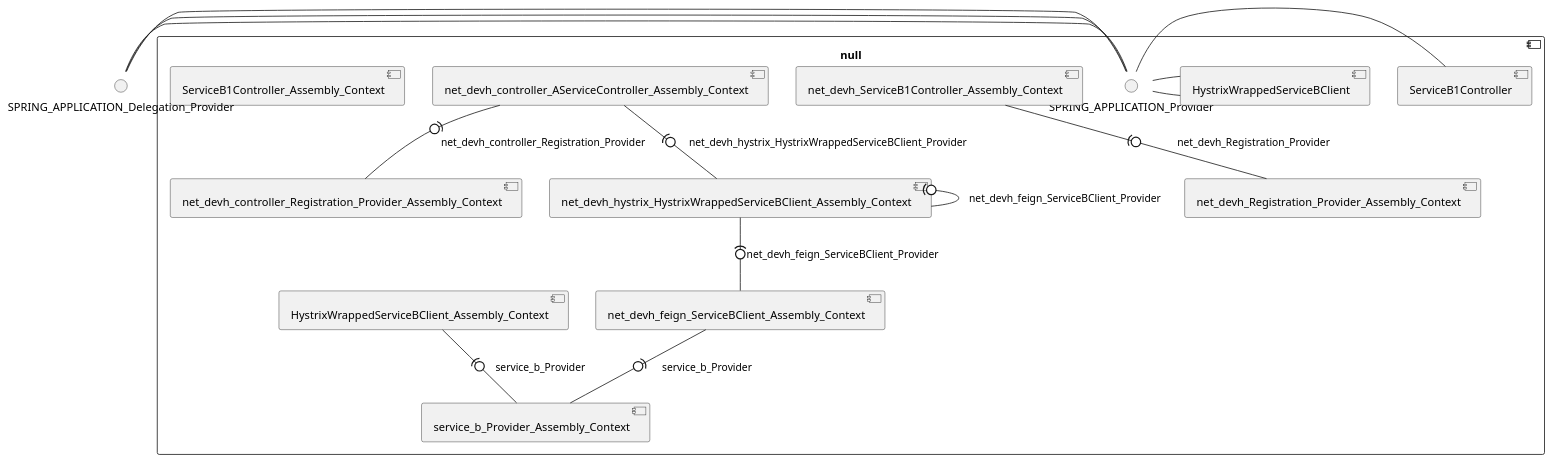
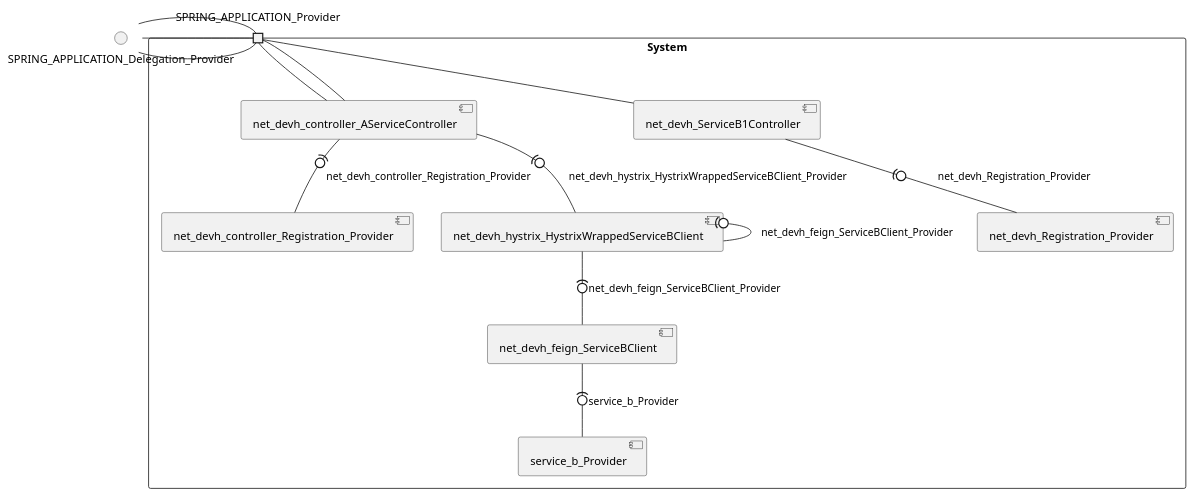
Before and after one commit to View-Based-Reverse-Engineering/Retriever-Benchmark: the diagram in yidongnan-spring-cloud-netflix-example/model_re/uml/systemDiagram.puml, drawn with PlantUML. The commit also changed 324 other files, not shown here.

```diff
--- a/yidongnan-spring-cloud-netflix-example/model_re/uml/systemDiagram.puml
+++ b/yidongnan-spring-cloud-netflix-example/model_re/uml/systemDiagram.puml
@@ -1,29 +1,30 @@
 @startuml
 skinparam fixCircleLabelOverlapping true
+skinparam componentStyle uml2
 () SPRING_APPLICATION_Delegation_Provider
-component null {
+rectangle System {
+[net_devh_Registration_Provider] [[yidongnan-spring-cloud-netflix-example.repository#_oHivgsApEe6ifLIxQynCbQ]]
+[net_devh_ServiceB1Controller] [[yidongnan-spring-cloud-netflix-example.repository#_oHivgsApEe6ifLIxQynCbQ]]
+[net_devh_controller_AServiceController] [[yidongnan-spring-cloud-netflix-example.repository#_oHivgsApEe6ifLIxQynCbQ]]
+[net_devh_controller_Registration_Provider] [[yidongnan-spring-cloud-netflix-example.repository#_oHivgsApEe6ifLIxQynCbQ]]
+[net_devh_feign_ServiceBClient] [[yidongnan-spring-cloud-netflix-example.repository#_oHivgsApEe6ifLIxQynCbQ]]
+[net_devh_hystrix_HystrixWrappedServiceBClient] [[yidongnan-spring-cloud-netflix-example.repository#_oHivgsApEe6ifLIxQynCbQ]]
+[service_b_Provider] [[yidongnan-spring-cloud-netflix-example.repository#_oHivgsApEe6ifLIxQynCbQ]]
+port SPRING_APPLICATION_Provider
 SPRING_APPLICATION_Delegation_Provider - SPRING_APPLICATION_Provider
-SPRING_APPLICATION_Provider - [ServiceB1Controller]
+SPRING_APPLICATION_Provider - [net_devh_ServiceB1Controller]
+port SPRING_APPLICATION_Provider
 SPRING_APPLICATION_Delegation_Provider - SPRING_APPLICATION_Provider
-SPRING_APPLICATION_Provider - [HystrixWrappedServiceBClient]
+SPRING_APPLICATION_Provider - [net_devh_controller_AServiceController]
+port SPRING_APPLICATION_Provider
 SPRING_APPLICATION_Delegation_Provider - SPRING_APPLICATION_Provider
-SPRING_APPLICATION_Provider - [HystrixWrappedServiceBClient]
-[net_devh_ServiceB1Controller_Assembly_Context] -(0- [net_devh_Registration_Provider_Assembly_Context] : net_devh_Registration_Provider
-[net_devh_controller_AServiceController_Assembly_Context] -(0- [net_devh_controller_Registration_Provider_Assembly_Context] : net_devh_controller_Registration_Provider
-[net_devh_hystrix_HystrixWrappedServiceBClient_Assembly_Context] -(0- [net_devh_feign_ServiceBClient_Assembly_Context] : net_devh_feign_ServiceBClient_Provider
-[net_devh_hystrix_HystrixWrappedServiceBClient_Assembly_Context] -(0- [net_devh_hystrix_HystrixWrappedServiceBClient_Assembly_Context] : net_devh_feign_ServiceBClient_Provider
-[net_devh_controller_AServiceController_Assembly_Context] -(0- [net_devh_hystrix_HystrixWrappedServiceBClient_Assembly_Context] : net_devh_hystrix_HystrixWrappedServiceBClient_Provider
-[net_devh_feign_ServiceBClient_Assembly_Context] -(0- [service_b_Provider_Assembly_Context] : service_b_Provider
-[HystrixWrappedServiceBClient_Assembly_Context] -(0- [service_b_Provider_Assembly_Context] : service_b_Provider
-[HystrixWrappedServiceBClient_Assembly_Context] [[yidongnan-spring-cloud-netflix-example.repository#_3QX2WLw4Ee6bT80UVZXLJg]]
-[ServiceB1Controller_Assembly_Context] [[yidongnan-spring-cloud-netflix-example.repository#_3QX2WLw4Ee6bT80UVZXLJg]]
-[net_devh_Registration_Provider_Assembly_Context] [[yidongnan-spring-cloud-netflix-example.repository#_3QX2WLw4Ee6bT80UVZXLJg]]
-[net_devh_ServiceB1Controller_Assembly_Context] [[yidongnan-spring-cloud-netflix-example.repository#_3QX2WLw4Ee6bT80UVZXLJg]]
-[net_devh_controller_AServiceController_Assembly_Context] [[yidongnan-spring-cloud-netflix-example.repository#_3QX2WLw4Ee6bT80UVZXLJg]]
-[net_devh_controller_Registration_Provider_Assembly_Context] [[yidongnan-spring-cloud-netflix-example.repository#_3QX2WLw4Ee6bT80UVZXLJg]]
-[net_devh_feign_ServiceBClient_Assembly_Context] [[yidongnan-spring-cloud-netflix-example.repository#_3QX2WLw4Ee6bT80UVZXLJg]]
-[net_devh_hystrix_HystrixWrappedServiceBClient_Assembly_Context] [[yidongnan-spring-cloud-netflix-example.repository#_3QX2WLw4Ee6bT80UVZXLJg]]
-[service_b_Provider_Assembly_Context] [[yidongnan-spring-cloud-netflix-example.repository#_3QX2WLw4Ee6bT80UVZXLJg]]
+SPRING_APPLICATION_Provider - [net_devh_controller_AServiceController]
+[net_devh_ServiceB1Controller] -(0- [net_devh_Registration_Provider] : net_devh_Registration_Provider
+[net_devh_controller_AServiceController] -(0- [net_devh_controller_Registration_Provider] : net_devh_controller_Registration_Provider
+[net_devh_hystrix_HystrixWrappedServiceBClient] -(0- [net_devh_feign_ServiceBClient] : net_devh_feign_ServiceBClient_Provider
+[net_devh_hystrix_HystrixWrappedServiceBClient] -(0- [net_devh_hystrix_HystrixWrappedServiceBClient] : net_devh_feign_ServiceBClient_Provider
+[net_devh_controller_AServiceController] -(0- [net_devh_hystrix_HystrixWrappedServiceBClient] : net_devh_hystrix_HystrixWrappedServiceBClient_Provider
+[net_devh_feign_ServiceBClient] -(0- [service_b_Provider] : service_b_Provider
 }
 
 @enduml
```
